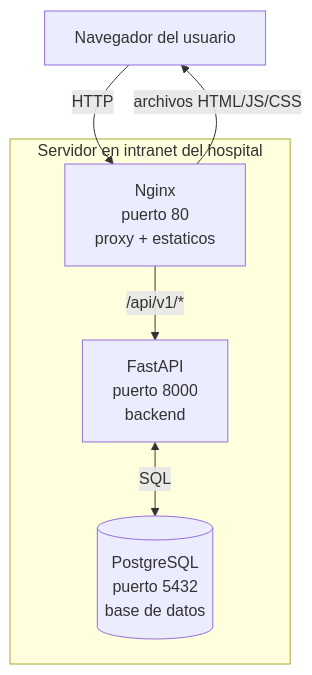
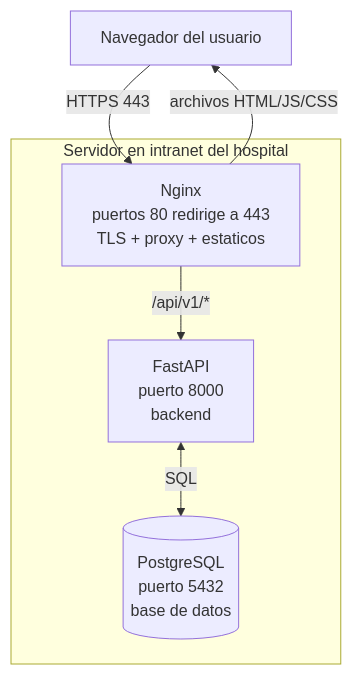
One commit to je7remy/HTQ_Citas changed the diagram in README.md. Above: the diagram before and after it, drawn with Mermaid. The commit also changed other lines of this file and 5 other files, not shown here.

First line of the commit message:
agrega terminacion tls en nginx para la intranet

`````diff
--- a/README.md
+++ b/README.md
@@ -77,14 +78,14 @@
 ```mermaid
 flowchart TB
     Browser[Navegador del usuario]
     subgraph Server["Servidor en intranet del hospital"]
-        Nginx[Nginx<br/>puerto 80<br/>proxy + estaticos]
+        Nginx[Nginx<br/>puertos 80 redirige a 443<br/>TLS + proxy + estaticos]
         API[FastAPI<br/>puerto 8000<br/>backend]
         DB[(PostgreSQL<br/>puerto 5432<br/>base de datos)]
     end
 
-    Browser -->|HTTP| Nginx
+    Browser -->|HTTPS 443| Nginx
     Nginx -->|/api/v1/*| API
     Nginx -->|archivos HTML/JS/CSS| Browser
     API <-->|SQL| DB
 ````
`````
